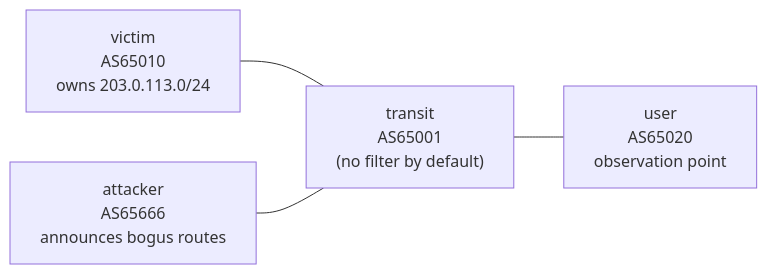
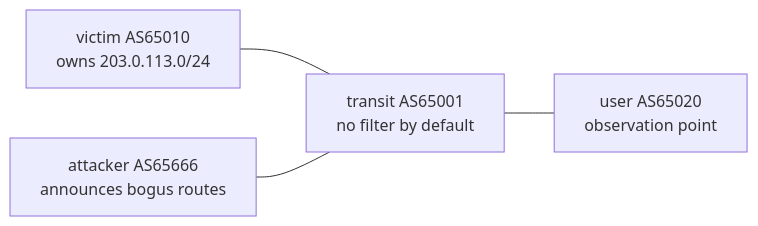
The diagram in README.md (ridhofri/bgp-hijack-detection-lab), drawn with Mermaid before and after one commit. The commit also changed other lines of this file, not shown here.

Commit message:
docs: fix duplicated About section and Mermaid diagram

````diff
--- a/README.md
+++ b/README.md
@@ -21,6 +21,6 @@
 ```mermaid
 graph LR
-    victim["victim<br/>AS65010<br/>owns 203.0.113.0/24"] --- transit["transit<br/>AS65001<br/>(no filter by default)"]
-    attacker["attacker<br/>AS65666<br/>announces bogus routes"] --- transit
-    transit --- user["user<br/>AS65020<br/>observation point"]
+    victim["victim AS65010<br>owns 203.0.113.0/24"] --- transit["transit AS65001<br>no filter by default"]
+    attacker["attacker AS65666<br>announces bogus routes"] --- transit
+    transit --- user["user AS65020<br>observation point"]
 ```
````
